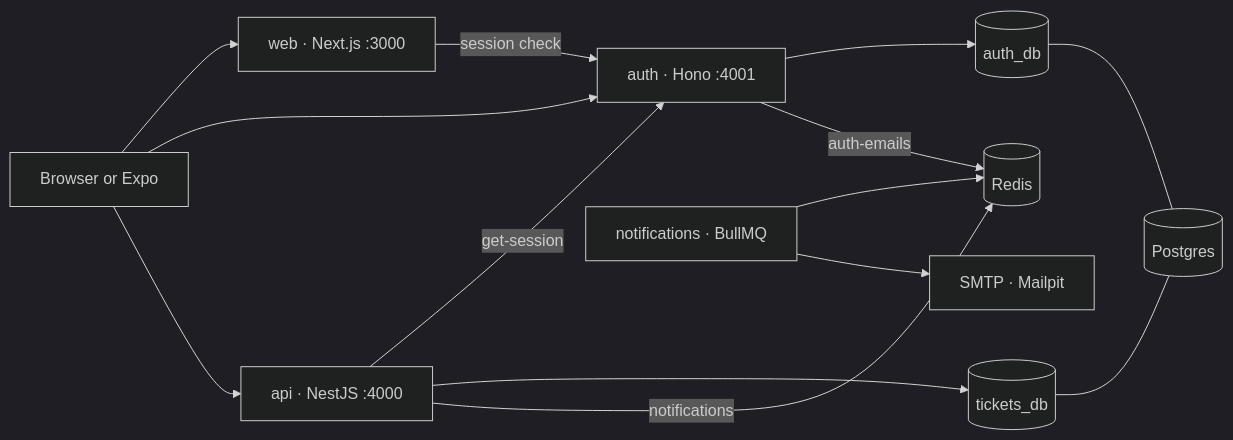
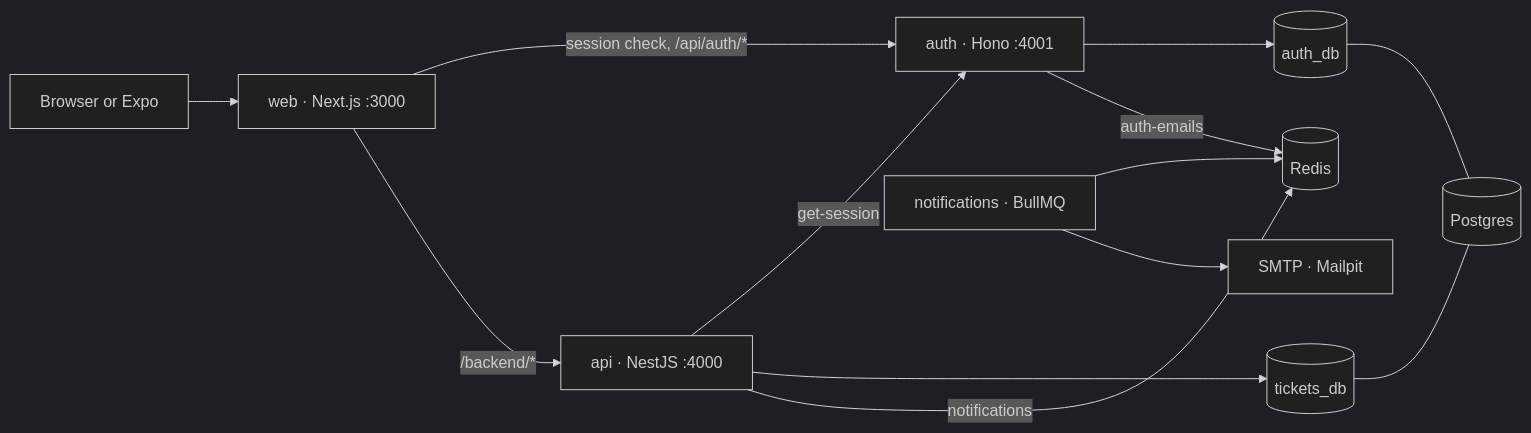
One commit to Bakar-se/ticketing changed the diagram in README.md. Above: the diagram before and after it, drawn with Mermaid (dark theme). The commit also changed other lines of this file and 38 other files, not shown here.

````diff
--- a/README.md
+++ b/README.md
@@ -24,25 +24,24 @@
 ```mermaid
 flowchart LR
   Client["Browser or Expo"]
   Web["web · Next.js :3000"]
   Auth["auth · Hono :4001"]
   API["api · NestJS :4000"]
   Worker["notifications · BullMQ"]
   PG[("Postgres")]
   Redis[("Redis")]
   Mail["SMTP · Mailpit"]
 
   Client --> Web
-  Client --> Auth
-  Client --> API
-  Web -->|"session check"| Auth
+  Web -->|"session check, /api/auth/*"| Auth
+  Web -->|"/backend/*"| API
   API -->|"get-session"| Auth
   Auth --> AuthDB[("auth_db")]
   API --> TicketsDB[("tickets_db")]
   AuthDB --- PG
   TicketsDB --- PG
   Auth -->|"auth-emails"| Redis
   API -->|"notifications"| Redis
   Worker --> Redis
   Worker --> Mail
 ```
````
